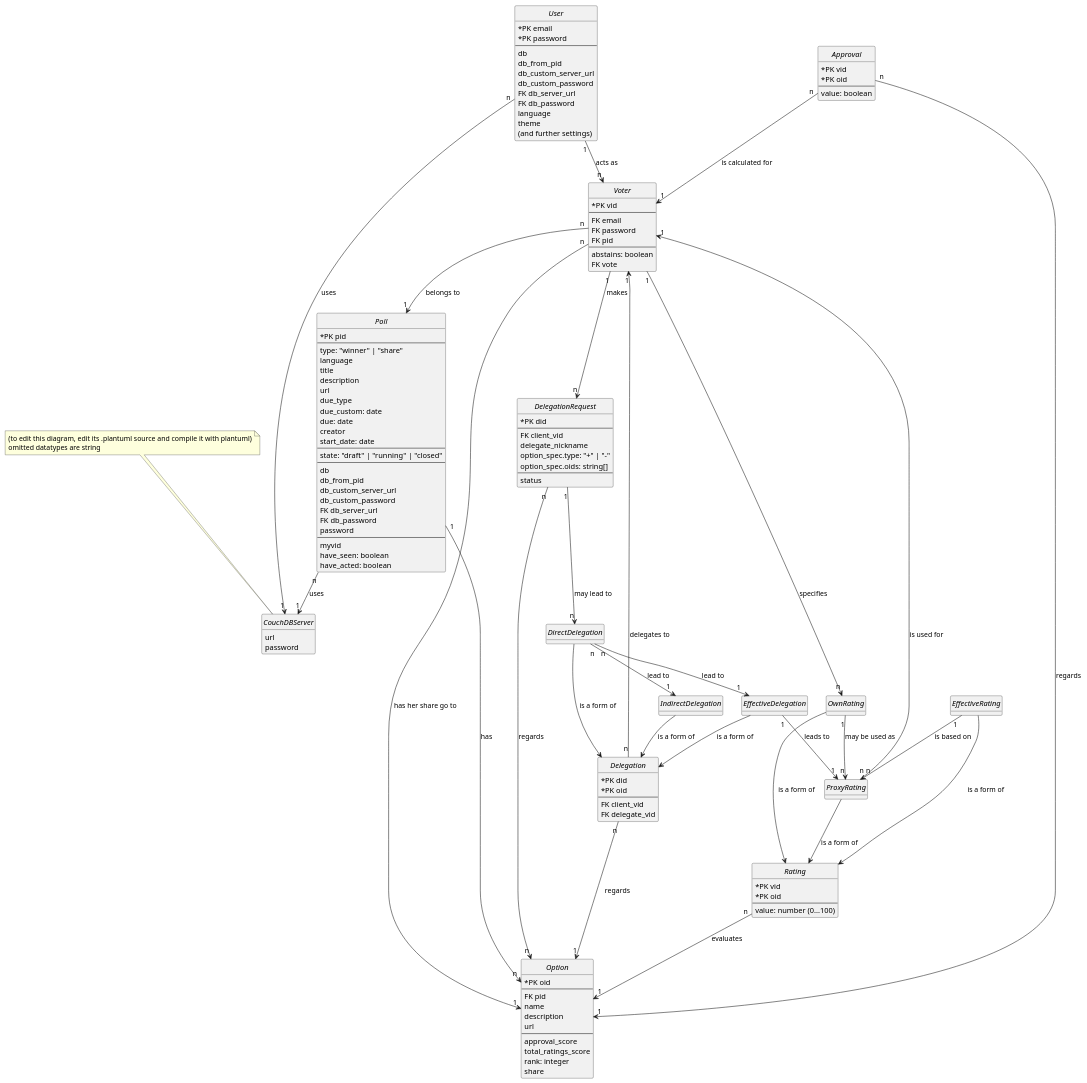
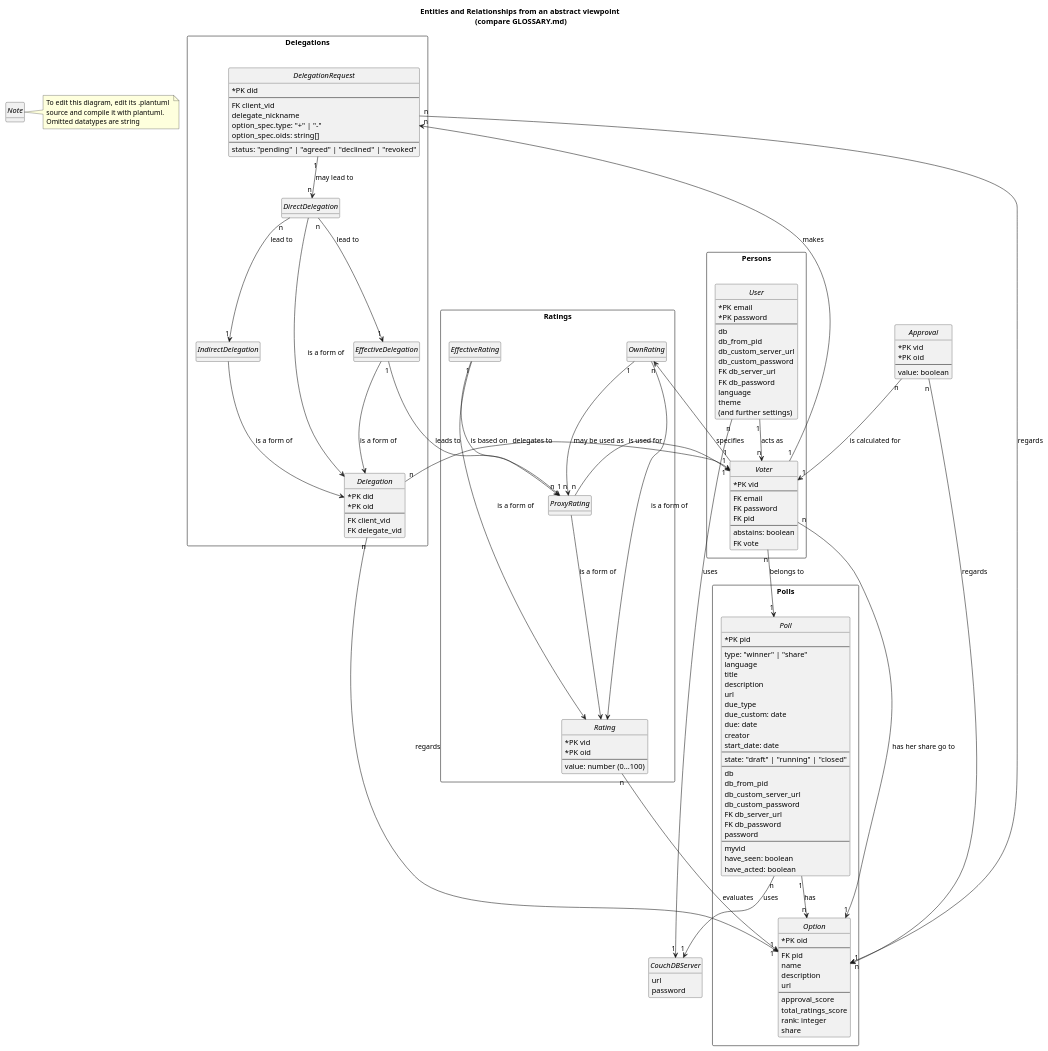
Before and after one commit to pik-gane/vodle: the diagram in doc/development/uml_diagrams/entity_relationship_diagram.plantuml, drawn with PlantUML. The commit also changed other lines of this file and 34 other files, not shown here.

```diff
--- a/doc/development/uml_diagrams/entity_relationship_diagram.plantuml
+++ b/doc/development/uml_diagrams/entity_relationship_diagram.plantuml
@@ -1,171 +1,197 @@
 @startuml
 
 hide methods
 hide circle
 hide stereotype
 skinparam classAttributeIconSize 0
 
+title 
+    Entities and Relationships from an abstract viewpoint 
+    (compare GLOSSARY.md)
+end title
+
+abstract class Note {}
+note right
+    To edit this diagram, edit its .plantuml 
+    source and compile it with plantuml.
+    Omitted datatypes are string
+end note
+
 abstract class CouchDBServer {
     url
     password
 }
-note top
-    (to edit this diagram, edit its .plantuml source and compile it with plantuml)
-    omitted datatypes are string
-end note
 
-abstract class User {
-    *PK email
-    *PK password
-    ---
-    db
-    db_from_pid
-    db_custom_server_url
-    db_custom_password
-    FK db_server_url
-    FK db_password
-    language
-    theme
-    (and further settings)
+package Persons <<Rectangle>> {
+
+    abstract class User {
+        *PK email
+        *PK password
+        ---
+        db
+        db_from_pid
+        db_custom_server_url
+        db_custom_password
+        FK db_server_url
+        FK db_password
+        language
+        theme
+        (and further settings)
+    }
+
+    User "n" --> "1" CouchDBServer : uses
+    User "1" --> "n" Voter : acts as 
+
+    abstract class Voter {
+        *PK vid
+        ---
+        FK email
+        FK password
+        FK pid
+        ---
+        abstains: boolean
+        FK vote
+    }
+
 }
 
-User "n" --> "1" CouchDBServer : uses
-User "1" --> "n" Voter : acts as 
+package Polls <<Rectangle>> {
 
-abstract class Voter {
-    *PK vid
-    ---
-    FK email
-    FK password
-    FK pid
-    ---
-    abstains: boolean
-    FK vote
+    Voter "n" --> "1" Poll : belongs to
+
+    abstract class Poll {
+        *PK pid
+        ---
+        type: "winner" | "share"
+        language
+        title
+        description
+        url
+        due_type
+        due_custom: date
+        due: date 
+        creator
+        start_date: date
+        ---
+        state: "draft" | "running" | "closed"
+        ---
+        db
+        db_from_pid
+        db_custom_server_url
+        db_custom_password
+        FK db_server_url
+        FK db_password
+        password
+        ---
+        myvid
+        have_seen: boolean
+        have_acted: boolean
+    }
+
+    Poll "n" --> "1" CouchDBServer : uses
+    Poll "1" --> "n" Option : has
+
+    abstract class Option {
+        *PK oid
+        ---
+        FK pid
+        name
+        description
+        url
+        ---
+        approval_score
+        total_ratings_score
+        rank: integer
+        share
+    }
+
 }
 
-Voter "n" --> "1" Poll : belongs to
-Voter "1" --> "n" OwnRating : specifies 
-Voter "1" --> "n" DelegationRequest : makes 
-Voter "n" --> "1" Option : has her share go to
+package Delegations <<Rectangle>> {
 
-abstract class Poll {
-    *PK pid
-    ---
-    type: "winner" | "share"
-    language
-    title
-    description
-    url
-    due_type
-    due_custom: date
-    due: date 
-    creator
-    start_date: date
-    ---
-    state: "draft" | "running" | "closed"
-    ---
-    db
-    db_from_pid
-    db_custom_server_url
-    db_custom_password
-    FK db_server_url
-    FK db_password
-    password
-    ---
-    myvid
-    have_seen: boolean
-    have_acted: boolean
+    Voter "1" --> "n" DelegationRequest : makes 
+
+    abstract class DelegationRequest {
+        *PK did
+        ---
+        FK client_vid
+        delegate_nickname
+        option_spec.type: "+" | "-"
+        option_spec.oids: string[]
+        ---
+        status: "pending" | "agreed" | "declined" | "revoked"
+    }
+
+    DelegationRequest "n" --> "n" Option : regards
+    DelegationRequest "1" --> "n" DirectDelegation : may lead to 
+
+    abstract class Delegation {
+        *PK did
+        *PK oid
+        ---
+        FK client_vid
+        FK delegate_vid
+    }
+
+    Delegation "n" --> "1" Option : regards
+    Delegation "n" --> "1" Voter : delegates to
+
+    abstract class DirectDelegation {}
+    DirectDelegation --> Delegation : is a form of
+
+    DirectDelegation "n" --> "1" IndirectDelegation : lead to 
+    DirectDelegation "n" --> "1" EffectiveDelegation : lead to 
+
+    abstract class IndirectDelegation {}
+    IndirectDelegation --> Delegation : is a form of
+
+    abstract class EffectiveDelegation {}
+    EffectiveDelegation --> Delegation : is a form of
+
 }
 
-Poll "n" --> "1" CouchDBServer : uses
-Poll "1" --> "n" Option : has
+package Ratings <<Rectangle>> {
 
-abstract class Option {
-    *PK oid
-    ---
-    FK pid
-    name
-    description
-    url
-    ---
-    approval_score
-    total_ratings_score
-    rank: integer
-    share
+    abstract class Rating {
+        *PK vid
+        *PK oid
+        ---
+        value: number (0...100)
+    }
+
+    Rating "n" --> "1" Option : evaluates
+
+    Voter "1" --> "n" OwnRating : specifies 
+
+    abstract class OwnRating {}
+    OwnRating --> Rating : is a form of
+
+    EffectiveDelegation "1" --> "1" ProxyRating : leads to
+
+    OwnRating "1" --> "n" ProxyRating : may be used as
+
+    abstract class ProxyRating {}
+    ProxyRating --> Rating : is a form of
+
+    ProxyRating "n" --> "1" Voter : is used for 
+
+    abstract class EffectiveRating {}
+    EffectiveRating --> Rating : is a form of
+
+    EffectiveRating "1" --> "n" ProxyRating : is based on
+
 }
 
-abstract class DelegationRequest {
-    *PK did
-    ---
-    FK client_vid
-    delegate_nickname
-    option_spec.type: "+" | "-"
-    option_spec.oids: string[]
-    ---
-    status
-}
+    abstract class Approval {
+        *PK vid
+        *PK oid
+        ---
+        value: boolean
+    }
 
-DelegationRequest "n" --> "n" Option : regards
-DelegationRequest "1" --> "n" DirectDelegation : may lead to 
+    Approval "n" --> "1" Voter : is calculated for
+    Approval "n" --> "1" Option : regards
 
-abstract class Delegation {
-    *PK did
-    *PK oid
-    ---
-    FK client_vid
-    FK delegate_vid
-}
-
-Delegation "n" --> "1" Option : regards
-Delegation "n" --> "1" Voter : delegates to
-
-abstract class DirectDelegation {}
-DirectDelegation --> Delegation : is a form of
-
-DirectDelegation "n" --> "1" IndirectDelegation : lead to 
-DirectDelegation "n" --> "1" EffectiveDelegation : lead to 
-
-abstract class IndirectDelegation {}
-IndirectDelegation --> Delegation : is a form of
-
-abstract class EffectiveDelegation {}
-EffectiveDelegation --> Delegation : is a form of
-
-EffectiveDelegation "1" --> "1" ProxyRating : leads to
-
-abstract class Rating {
-    *PK vid
-    *PK oid
-    ---
-    value: number (0...100)
-}
-
-Rating "n" --> "1" Option : evaluates
-
-abstract class OwnRating {}
-OwnRating --> Rating : is a form of
-
-OwnRating "1" --> "n" ProxyRating : may be used as
-
-abstract class ProxyRating {}
-ProxyRating --> Rating : is a form of
-
-ProxyRating "n" --> "1" Voter : is used for 
-
-abstract class EffectiveRating {}
-EffectiveRating --> Rating : is a form of
-
-EffectiveRating "1" --> "n" ProxyRating : is based on
-
-abstract class Approval {
-    *PK vid
-    *PK oid
-    ---
-    value: boolean
-}
-
-Approval "n" --> "1" Voter : is calculated for
-Approval "n" --> "1" Option : regards
-
+    Voter "n" --> "1" Option : has her share go to
 
 @enduml
```
